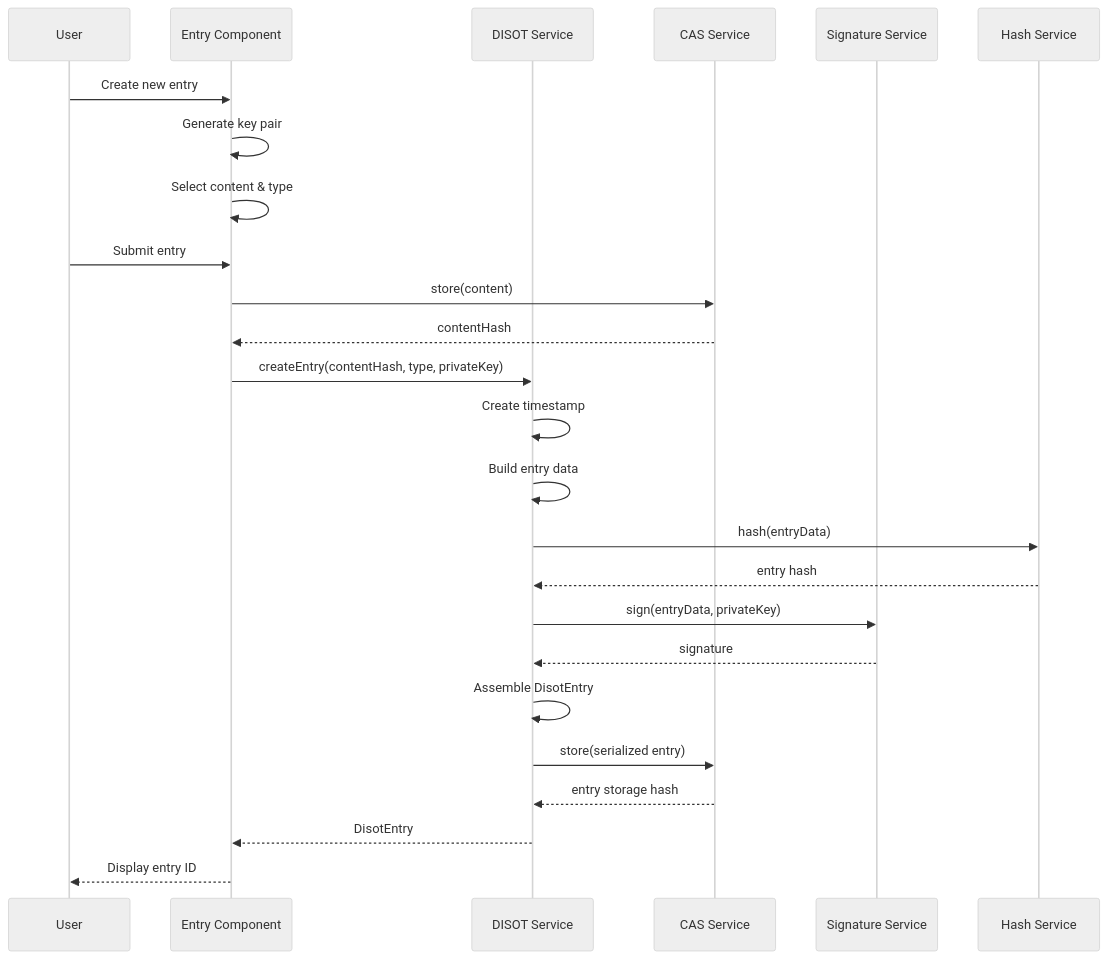
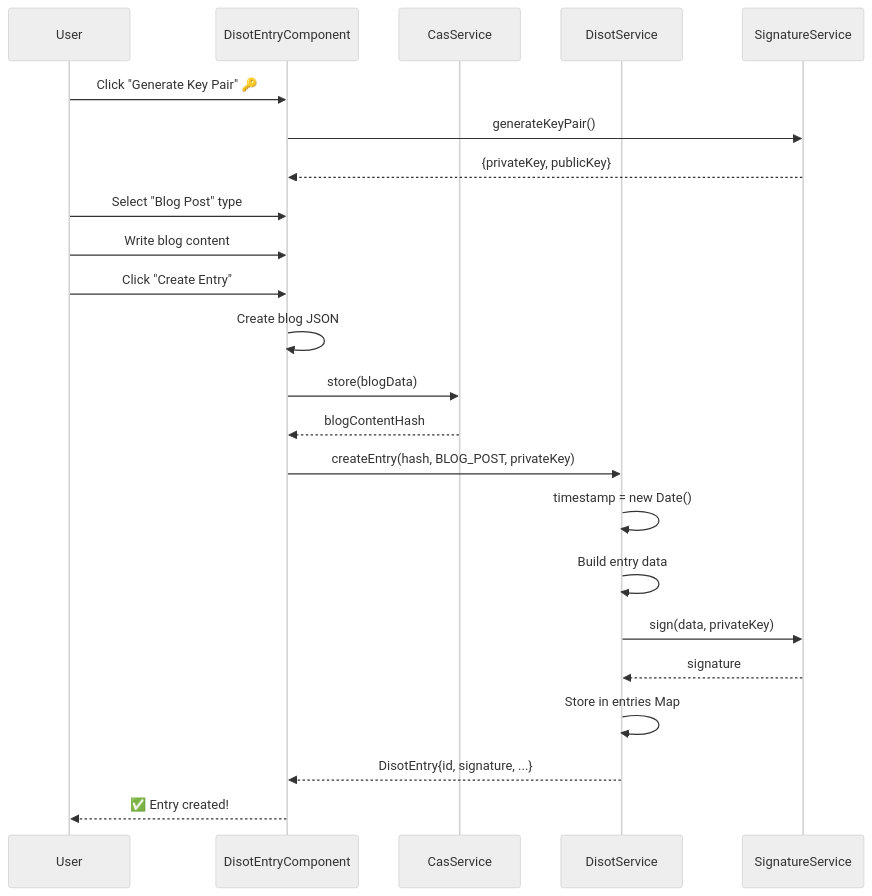
Before and after one commit to o2alexanderfedin/angular-cas-disot: the fifth of 11 diagrams in docs/architecture/data-flow.md, drawn with Mermaid (neutral theme). The commit also changed other lines of this file and 18 other files, not shown here.

````diff
--- a/docs/architecture/data-flow.md
+++ b/docs/architecture/data-flow.md
@@ -151,32 +172,31 @@
 ```mermaid
 sequenceDiagram
-    participant U as User
-    participant UI as Entry Component
-    participant DISOT as DISOT Service
-    participant CAS as CAS Service
-    participant SIG as Signature Service
-    participant HASH as Hash Service
+    participant User
+    participant DisotEntryComponent
+    participant CasService
+    participant DisotService
+    participant SignatureService
     
-    U->>UI: Create new entry
-    UI->>UI: Generate key pair
-    UI->>UI: Select content & type
+    User->>DisotEntryComponent: Click "Generate Key Pair" 🔑
+    DisotEntryComponent->>SignatureService: generateKeyPair()
+    SignatureService-->>DisotEntryComponent: {privateKey, publicKey}
     
-    U->>UI: Submit entry
-    UI->>CAS: store(content)
-    CAS-->>UI: contentHash
+    User->>DisotEntryComponent: Select "Blog Post" type
+    User->>DisotEntryComponent: Write blog content
+    User->>DisotEntryComponent: Click "Create Entry"
     
-    UI->>DISOT: createEntry(contentHash, type, privateKey)
-    DISOT->>DISOT: Create timestamp
-    DISOT->>DISOT: Build entry data
-    DISOT->>HASH: hash(entryData)
-    HASH-->>DISOT: entry hash
-    DISOT->>SIG: sign(entryData, privateKey)
-    SIG-->>DISOT: signature
+    DisotEntryComponent->>DisotEntryComponent: Create blog JSON
+    DisotEntryComponent->>CasService: store(blogData)
+    CasService-->>DisotEntryComponent: blogContentHash
     
-    DISOT->>DISOT: Assemble DisotEntry
-    DISOT->>CAS: store(serialized entry)
-    CAS-->>DISOT: entry storage hash
+    DisotEntryComponent->>DisotService: createEntry(hash, BLOG_POST, privateKey)
+    DisotService->>DisotService: timestamp = new Date()
+    DisotService->>DisotService: Build entry data
+    DisotService->>SignatureService: sign(data, privateKey)
+    SignatureService-->>DisotService: signature
     
-    DISOT-->>UI: DisotEntry
-    UI-->>U: Display entry ID
+    DisotService->>DisotService: Store in entries Map
+    DisotService-->>DisotEntryComponent: DisotEntry{id, signature, ...}
+    
+    DisotEntryComponent-->>User: ✅ Entry created!
 ```
````
